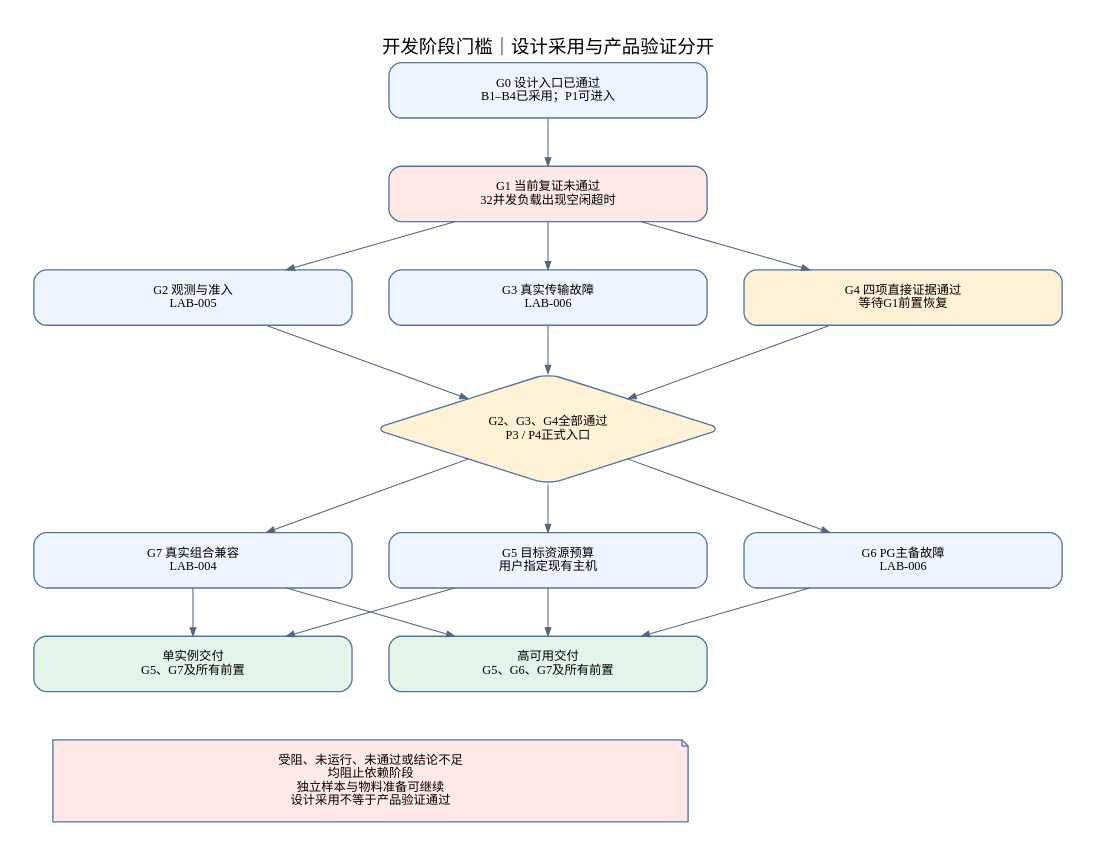
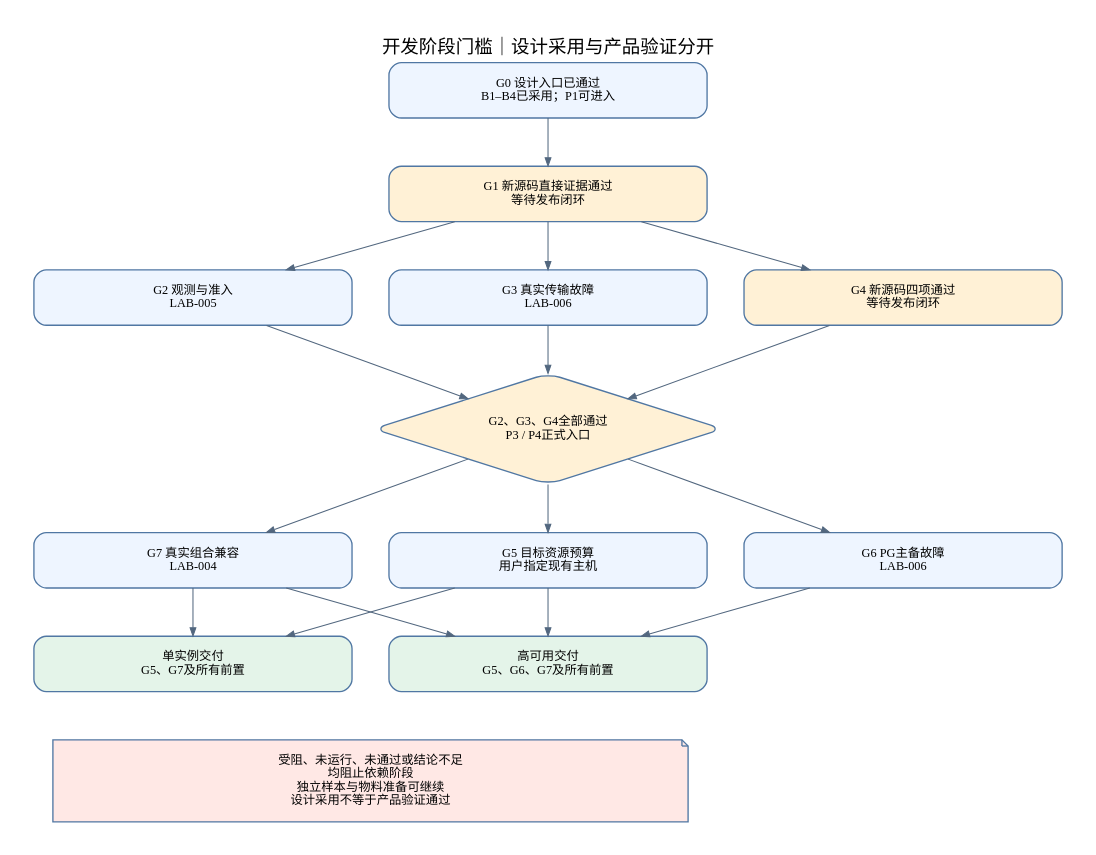
Before and after one commit to wyw-ai/loom-oi: the diagram in docs/architecture/diagrams/v0.7/06-delivery-dependencies.dot, drawn with Graphviz. The commit also changed 45 other files, not shown here.

```diff
--- a/docs/architecture/diagrams/v0.7/06-delivery-dependencies.dot
+++ b/docs/architecture/diagrams/v0.7/06-delivery-dependencies.dot
@@ -1,23 +1,23 @@
 digraph G {
 graph [bgcolor="white",pad="0.35",nodesep="0.5",ranksep="0.65",fontname="Noto Sans SC",fontsize=18,labelloc="t",splines=polyline];
 node [shape=box,style="rounded,filled",fillcolor="#eef5ff",color="#5077a3",fontname="Noto Sans SC",fontsize=12,width=4.3,margin="0.35,0.2",penwidth=1.3];
 edge [color="#52677f",fontname="Noto Sans SC",fontsize=10,arrowsize=0.8];
 rankdir=TB;label="开发阶段门槛｜设计采用与产品验证分开";
  g0[label="G0 设计入口已通过\nB1–B4已采用；P1可进入"];
- g1[label="G1 当前复证未通过\n32并发负载出现空闲超时",fillcolor="#ffe8e5"];
+ g1[label="G1 新源码直接证据通过\n等待发布闭环",fillcolor="#fff1d6"];
  g2[label="G2 观测与准入\nLAB-005"];
  g3[label="G3 真实传输故障\nLAB-006"];
- g4[label="G4 四项直接证据通过\n等待G1前置恢复",fillcolor="#fff1d6"];
+ g4[label="G4 新源码四项通过\n等待发布闭环",fillcolor="#fff1d6"];
  gate[label="G2、G3、G4全部通过\nP3 / P4正式入口",shape=diamond,fillcolor="#fff1d6"];
  g5[label="G5 目标资源预算\n用户指定现有主机"];
  g6[label="G6 PG主备故障\nLAB-006"];
  g7[label="G7 真实组合兼容\nLAB-004"];
  single[label="单实例交付\nG5、G7及所有前置",fillcolor="#e4f4e9"];
  ha[label="高可用交付\nG5、G6、G7及所有前置",fillcolor="#e4f4e9"];
  g0->g1;g1->g2;g1->g3;g1->g4;{rank=same;g2;g3;g4;}
  g2->gate;g3->gate;g4->gate;gate->g5;gate->g6;gate->g7;{rank=same;g5;g6;g7;}
  g5->single;g7->single;g5->ha;g6->ha;g7->ha;
  note[label="受阻、未运行、未通过或结论不足\n均阻止依赖阶段\n独立样本与物料准备可继续\n设计采用不等于产品验证通过",width=8.6,shape=note,fillcolor="#ffe8e5"];
  single->note[style=invis];ha->note[style=invis];
 
 }
```
